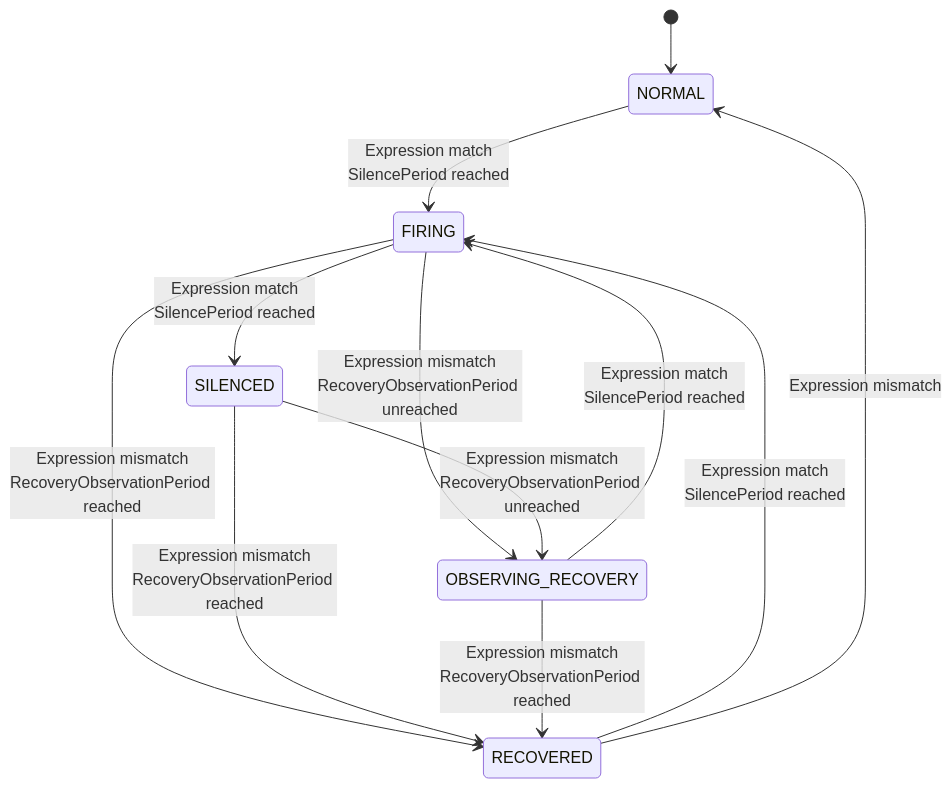
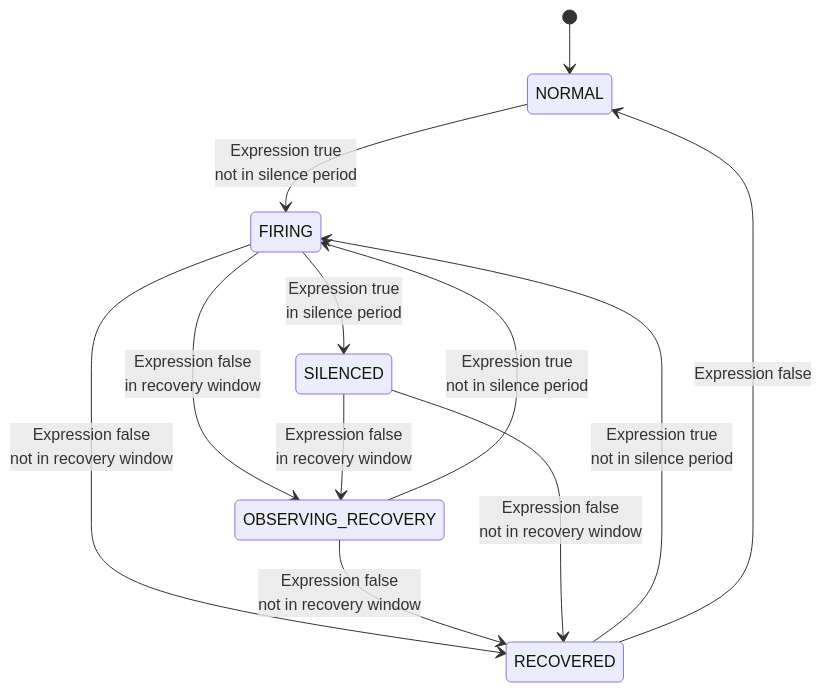
The diagram in docs/en/setup/backend/backend-alarm.md (apache/skywalking), drawn with Mermaid before and after one commit. The commit also changed other lines of this file and 1 other file, not shown here.

Commit message:
docs:update changes.md and backend-alarm.md

````diff
--- a/docs/en/setup/backend/backend-alarm.md
+++ b/docs/en/setup/backend/backend-alarm.md
@@ -520,18 +521,18 @@
 ```mermaid
 stateDiagram-v2
     [*] --> NORMAL
-    NORMAL --> FIRING: Expression match<br/>SilencePeriod reached
+    NORMAL --> FIRING: Expression true<br/>not in silence period
     
-    FIRING --> SILENCED: Expression match<br/>SilencePeriod reached
-    FIRING --> OBSERVING_RECOVERY: Expression mismatch<br/>RecoveryObservationPeriod unreached
-    FIRING --> RECOVERED: Expression mismatch<br/>RecoveryObservationPeriod reached
-    
-    SILENCED --> OBSERVING_RECOVERY: Expression mismatch<br/>RecoveryObservationPeriod unreached
-    SILENCED --> RECOVERED: Expression mismatch<br/>RecoveryObservationPeriod reached
-    
-    OBSERVING_RECOVERY --> FIRING: Expression match<br/>SilencePeriod reached
-    OBSERVING_RECOVERY --> RECOVERED: Expression mismatch<br/>RecoveryObservationPeriod reached
-    
-    RECOVERED --> FIRING: Expression match<br/>SilencePeriod reached
-    RECOVERED --> NORMAL: Expression mismatch
+    FIRING --> SILENCED: Expression true<br/>in silence period
+    FIRING --> OBSERVING_RECOVERY: Expression false<br/>in recovery window
+    FIRING --> RECOVERED: Expression false<br/>not in recovery window
+  
+    OBSERVING_RECOVERY --> FIRING: Expression true<br/>not in silence period
+    OBSERVING_RECOVERY --> RECOVERED: Expression false<br/>not in recovery window
+
+    SILENCED --> RECOVERED: Expression false<br/>not in recovery window
+    SILENCED --> OBSERVING_RECOVERY: Expression false<br/>in recovery window
+
+    RECOVERED --> FIRING: Expression true<br/>not in silence period
+    RECOVERED --> NORMAL: Expression false
 ```
````
